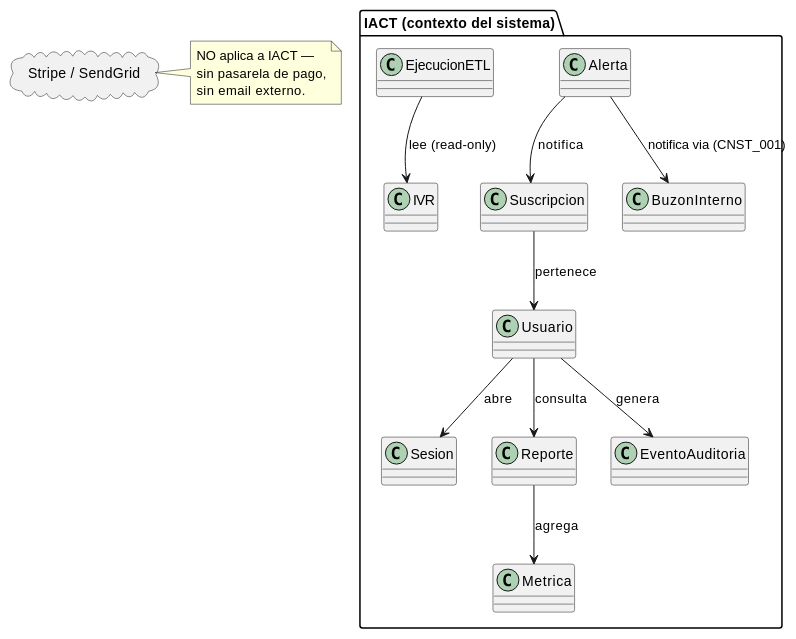
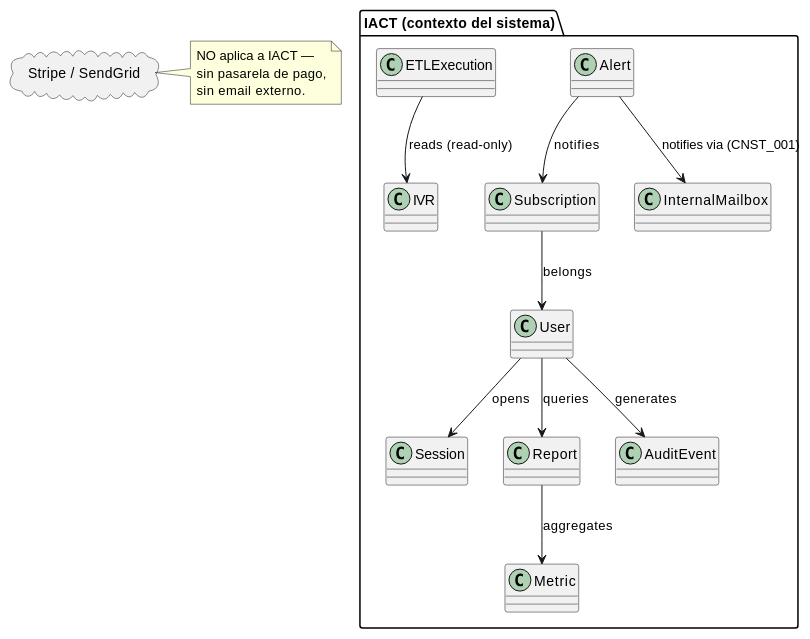
The diagram in source/requisitos/_metodologia-aplicacion/agregacion-interfaces/contexto-de-sistema-iact-completo.rst (jcg-admin/IACT-docs), drawn with PlantUML before and after one commit. The commit also changed 9 other files, not shown here.

```diff
--- a/source/requisitos/_metodologia-aplicacion/agregacion-interfaces/contexto-de-sistema-iact-completo.rst
+++ b/source/requisitos/_metodologia-aplicacion/agregacion-interfaces/contexto-de-sistema-iact-completo.rst
@@ -4,34 +4,34 @@
 .. uml::
 
    @startuml
    allowmixing
 
    package "IACT (contexto del sistema)" {
-     class Usuario
-     class Sesion
-     class Reporte
-     class Metrica
-     class Alerta
-     class Suscripcion
-     class EjecucionETL
-     class EventoAuditoria
+     class User
+     class Session
+     class Report
+     class Metric
+     class Alert
+     class Subscription
+     class ETLExecution
+     class AuditEvent
      class IVR
-     class BuzonInterno
+     class InternalMailbox
 
-     Usuario --> Sesion         : abre
-     Usuario --> Reporte        : consulta
-     Reporte --> Metrica        : agrega
-     Alerta  --> Suscripcion    : notifica
-     Suscripcion --> Usuario    : pertenece
-     EjecucionETL --> IVR       : lee (read-only)
-     Alerta --> BuzonInterno    : notifica via (CNST_001)
-     Usuario --> EventoAuditoria : genera
+     User --> Session         : opens
+     User --> Report          : queries
+     Report --> Metric        : aggregates
+     Alert  --> Subscription  : notifies
+     Subscription --> User    : belongs
+     ETLExecution --> IVR     : reads (read-only)
+     Alert --> InternalMailbox : notifies via (CNST_001)
+     User --> AuditEvent      : generates
    }
 
    cloud "Stripe / SendGrid" as Externos
    note right of Externos
      NO aplica a IACT —
      sin pasarela de pago,
      sin email externo.
    end note
    @enduml
```
